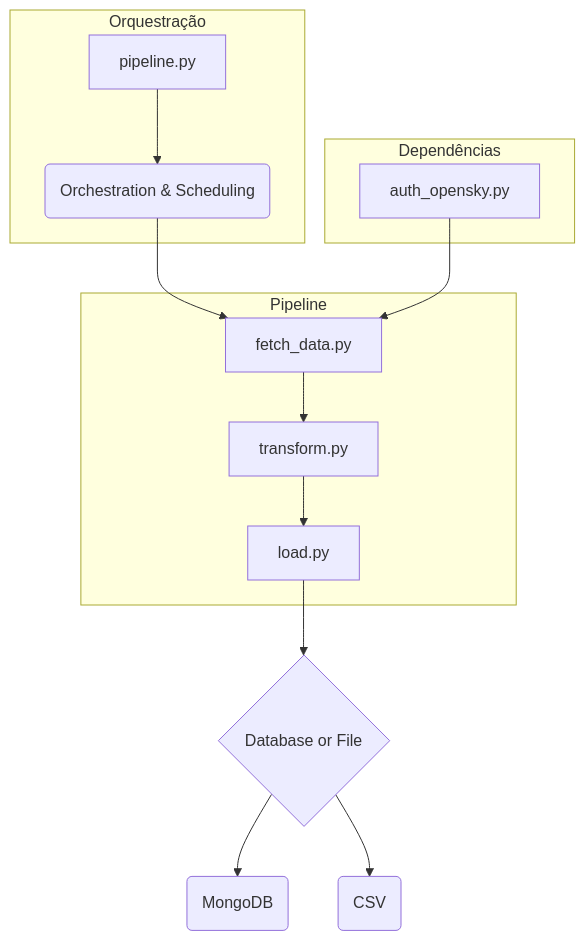
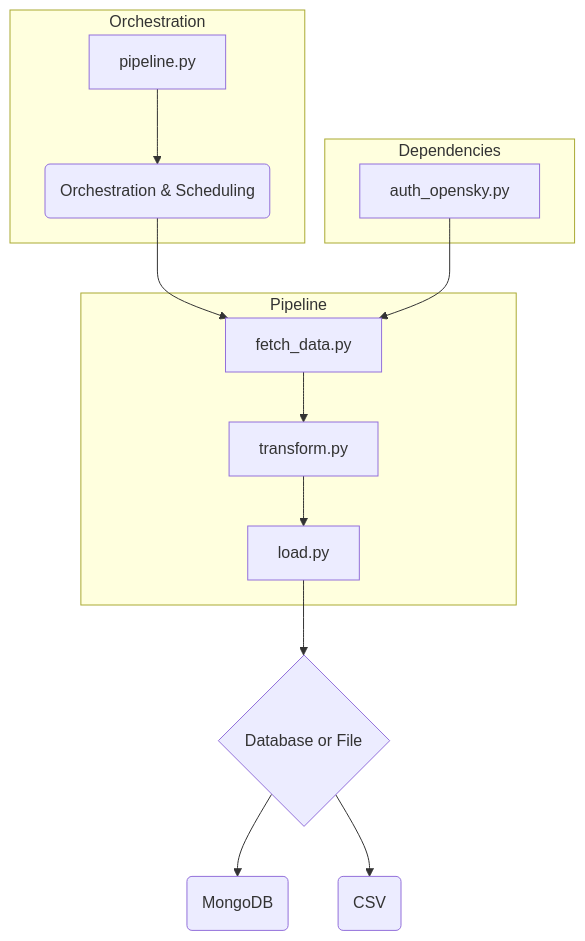
The first of 2 diagrams in README.md (victoroscar30/aeroexplorer), drawn with Mermaid before and after one commit.

Commit message:
minor change

````diff
--- a/README.md
+++ b/README.md
@@ -78,20 +78,20 @@
 ```mermaid
 graph TD
-    subgraph Orquestração
+    subgraph Orchestration
         A[pipeline.py] --> B(Orchestration & Scheduling);
     end
 
     subgraph Pipeline
         B --> C[fetch_data.py];
         C --> D[transform.py];
         D --> E[load.py];
     end
 
-    subgraph Dependências
+    subgraph Dependencies
         G[auth_opensky.py] --> C;
     end
     
     E --> F{Database or File};
     F --> I(MongoDB);
     F --> H(CSV);
 ```
````
